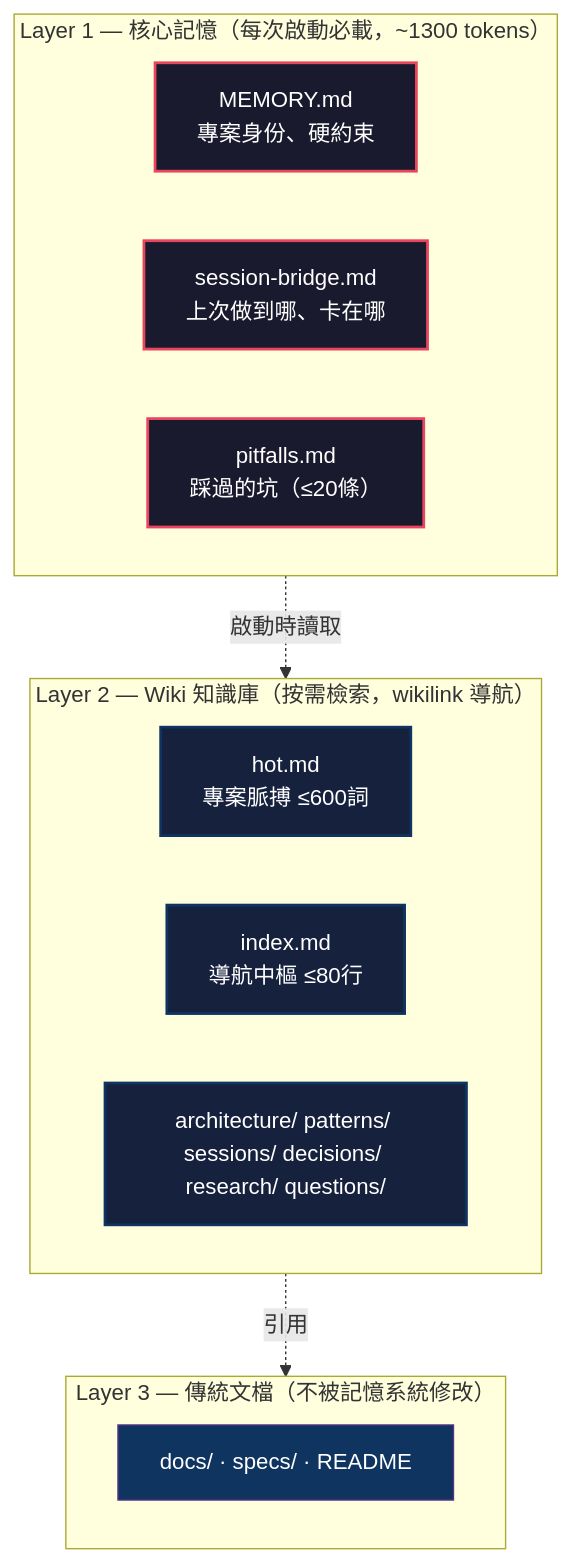
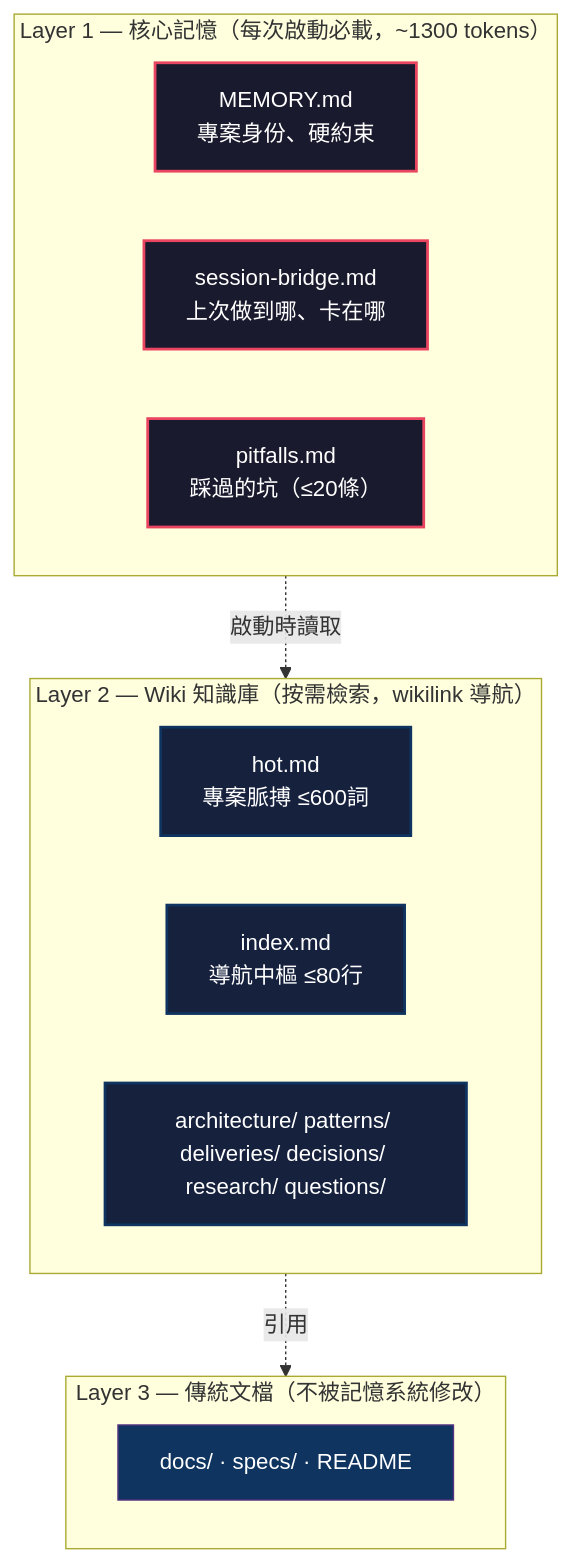
One commit to ricoyudog/Coding_Corgi_flow changed the third of 4 diagrams in docs/articles/obsidian-pm-corgi-dev-zhihu.md. Above: the diagram before and after it, drawn with Mermaid. The commit also changed other lines of this file and 263 other files, not shown here.

````diff
--- a/docs/articles/obsidian-pm-corgi-dev-zhihu.md
+++ b/docs/articles/obsidian-pm-corgi-dev-zhihu.md
@@ -282,31 +282,31 @@
 ```mermaid
 graph TB
     classDef l1 fill:#1a1a2e,stroke:#e94560,color:#fff,stroke-width:2px
     classDef l2 fill:#16213e,stroke:#0f3460,color:#fff,stroke-width:2px
     classDef l3 fill:#0f3460,stroke:#533483,color:#fff,stroke-width:1px
 
     subgraph L1["Layer 1 — 核心記憶（每次啟動必載，~1300 tokens）"]
         direction LR
         MEMORY["MEMORY.md<br/>專案身份、硬約束"]
         BRIDGE["session-bridge.md<br/>上次做到哪、卡在哪"]
         PITFALLS["pitfalls.md<br/>踩過的坑（≤20條）"]
     end
 
     subgraph L2["Layer 2 — Wiki 知識庫（按需檢索，wikilink 導航）"]
         direction LR
         HOT["hot.md<br/>專案脈搏 ≤600詞"]
         INDEX["index.md<br/>導航中樞 ≤80行"]
-        PAGES["architecture/ patterns/ sessions/ decisions/ research/ questions/"]
+        PAGES["architecture/ patterns/ deliveries/ decisions/ research/ questions/"]
     end
 
     subgraph L3["Layer 3 — 傳統文檔（不被記憶系統修改）"]
         DOCS["docs/ · specs/ · README"]
     end
 
     L1 -.->|"啟動時讀取"| L2
     L2 -.->|"引用"| L3
 
     class MEMORY,BRIDGE,PITFALLS l1
     class HOT,INDEX,PAGES l2
     class DOCS l3
 ```
````
